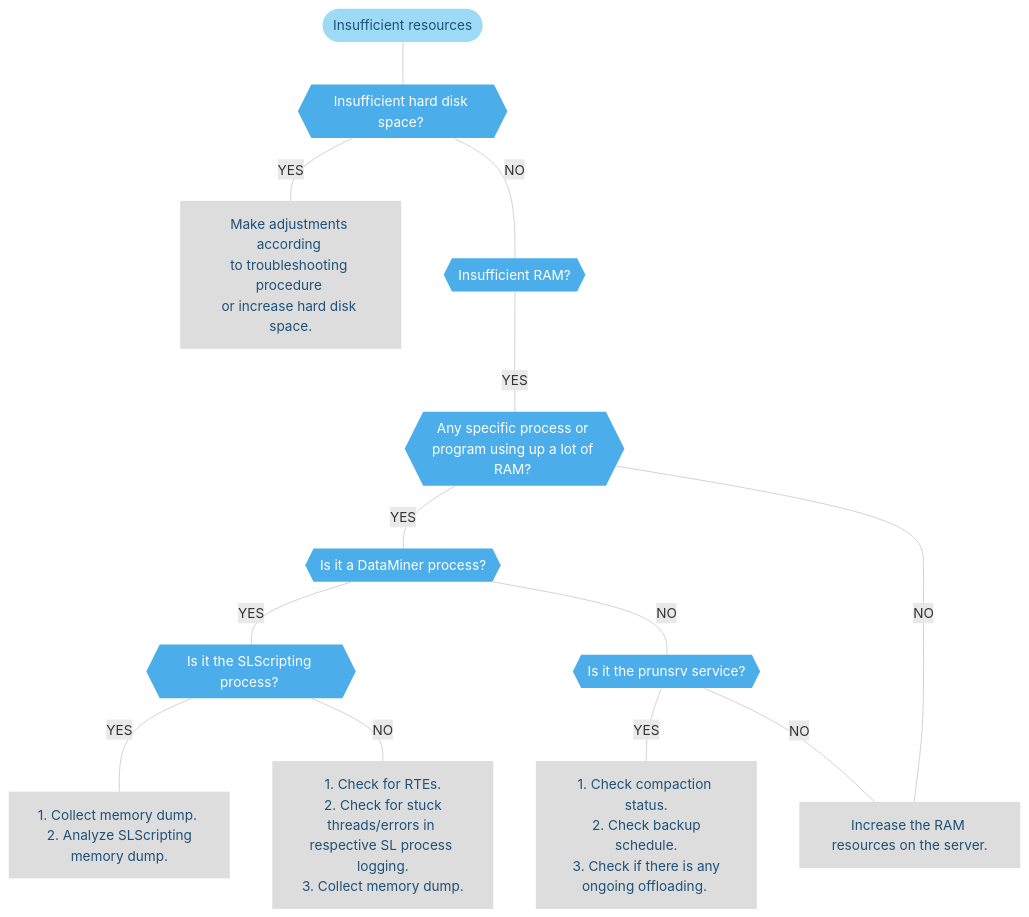
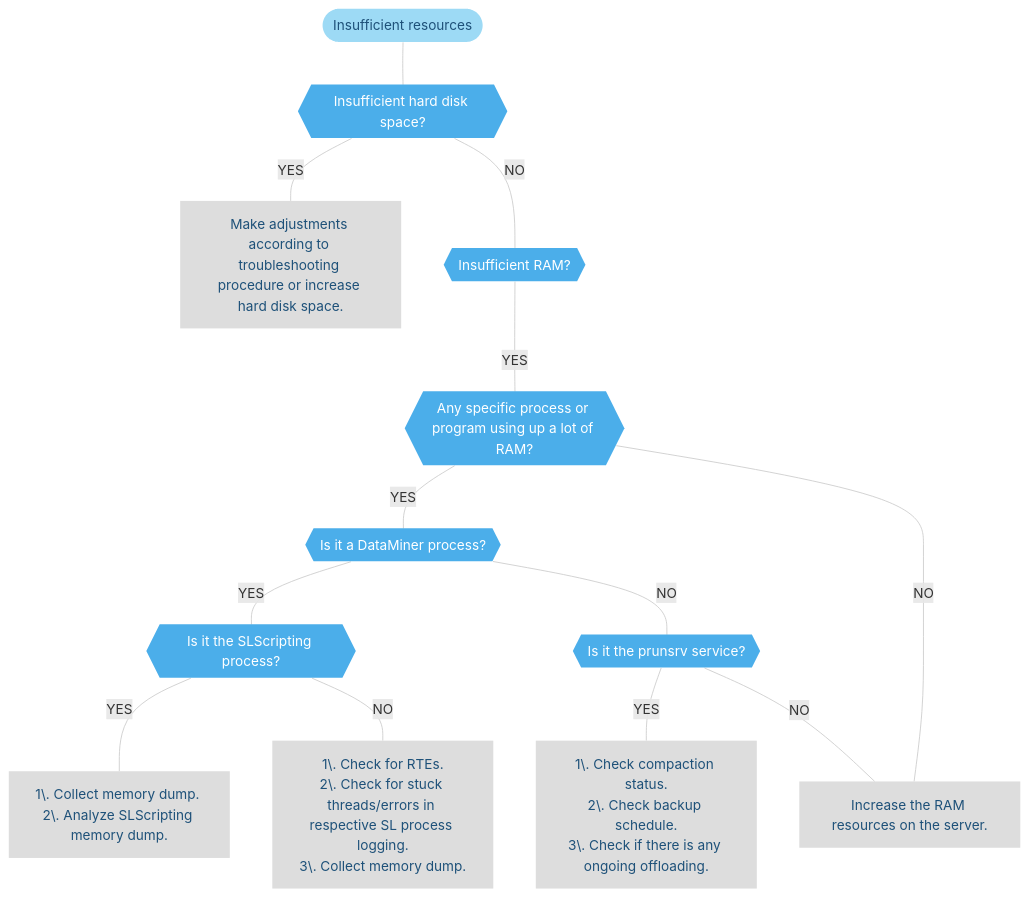
Before and after one commit to SkylineCommunications/dataminer-docs: the second of 2 diagrams in user-guide/Troubleshooting/Troubleshooting_Flowcharts/Troubleshooting_Critical_Issues/Troubleshooting_Critical_Issues_Resources.md, drawn with Mermaid. The commit also changed 21 other files, not shown here.

````diff
--- a/user-guide/Troubleshooting/Troubleshooting_Flowcharts/Troubleshooting_Critical_Issues/Troubleshooting_Critical_Issues_Resources.md
+++ b/user-guide/Troubleshooting/Troubleshooting_Flowcharts/Troubleshooting_Critical_Issues/Troubleshooting_Critical_Issues_Resources.md
@@ -55,46 +55,46 @@
 ```mermaid
 flowchart TD
 %% Define styles %%
 linkStyle default stroke:#cccccc
 classDef LightBlue fill:#9DDAF5,stroke:#000070,stroke-width:0px, color:#1E5179;
 classDef Blue fill:#4BAEEA,stroke:#000070,stroke-width:0px, color:#FFFFFF;
 classDef DarkBlue fill:#1E5179,stroke:#000070,stroke-width:0px, color:#FFFFFF;
 classDef DarkGray fill:#58595B,stroke:#000070,stroke-width:0px, color:#FFFFFF;
 classDef Gray fill:#999999,stroke:#000070,stroke-width:0px, color:#FFFFFF;
 classDef LightGray fill:#DDDDDD,stroke:#000070,stroke-width:0px, color:#1E5179;
 %% Define blocks %%
 MachineoutofResources([Insufficient resources])
-HDSpace{{"Insufficient hard disk space? <br/> "}}
-RAM{{"Insufficient RAM? <br/> "}}
-Process{{"Any specific process or program using up a lot of RAM? <br/> "}}
+HDSpace{{"Insufficient hard disk space?"}}
+RAM{{"Insufficient RAM? "}}
+Process{{"Any specific process or program using up a lot of RAM? "}}
 Cassandra{{"Is it the prunsrv service?"}}
-DMProc{{"Is it a DataMiner process? <br/> "}}
-FreeSpace["Make adjustments according <br>to troubleshooting procedure <br>or increase hard disk space."]
-Prunsrv["1. Check compaction status.<br/> 2. Check backup schedule.<br/> 3. Check if there is any ongoing offloading. <br/> "]
-SLScriptingProc{{"Is it the SLScripting process? <br/>"}}
-SLScriptingTroubleShooting["1. Collect memory dump. <br/> 2. Analyze SLScripting memory dump."]
-Proc["1. Check for RTEs.<br/> 2. Check for stuck threads/errors in <br/>respective SL process logging.<br/> 3. Collect memory dump. <br/> "]
+DMProc{{"Is it a DataMiner process? "}}
+FreeSpace["Make adjustments according to troubleshooting procedure or increase hard disk space."]
+Prunsrv["1\. Check compaction status.<br/>2\. Check backup schedule.<br/>3\. Check if there is any ongoing offloading. "]
+SLScriptingProc{{"Is it the SLScripting process? "}}
+SLScriptingTroubleShooting["1\. Collect memory dump. <br/>2\. Analyze SLScripting memory dump."]
+Proc["1\. Check for RTEs.<br/>2\. Check for stuck threads/errors in respective SL process logging.<br/>3\. Collect memory dump. "]
 RAMup["Increase the RAM resources on the server."]
 %% Connect blocks %%
 MachineoutofResources --- HDSpace
 HDSpace --- |YES| FreeSpace
 HDSpace --- |NO| RAM
 RAM --- |YES| Process
 Process --- |YES| DMProc
 Process --- |NO| RAMup
 DMProc --- |YES| SLScriptingProc
 SLScriptingProc --- |YES| SLScriptingTroubleShooting
 SLScriptingProc --- |NO| Proc
 DMProc --- |NO| Cassandra
 Cassandra --- |YES| Prunsrv
 Cassandra --- |NO| RAMup
 %% Define hyperlinks %%
 click FreeSpace "/user-guide/Troubleshooting/Procedures/Keeping_a_DMA_from_running_out_of_disk_space.html"
 click SLScriptingTroubleShooting "/user-guide/Troubleshooting/Procedures/Troubleshooting_SLScripting_Issues.html#memory-dump-investigation"
 %% Apply styles to blocks %%
 class Start DarkBlue;
 class Prunsrv,Proc,FreeSpace,RAMup,SLScriptingTroubleShooting LightGray;
 class Automaticrestart,DataNotUpdated,ErrorAlarmConsole,MachineoutofResources LightBlue;
 class HDSpace,RAM,Process,Cassandra,DMProc,SLScriptingProc Blue;
 class Home,SLLogCollector,Investigation LightBlue;
 ```
````
